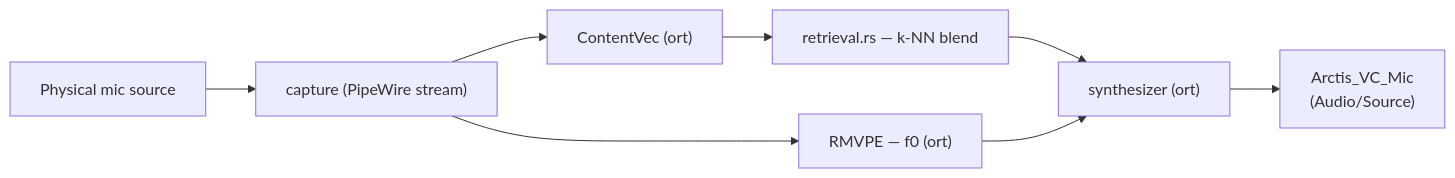
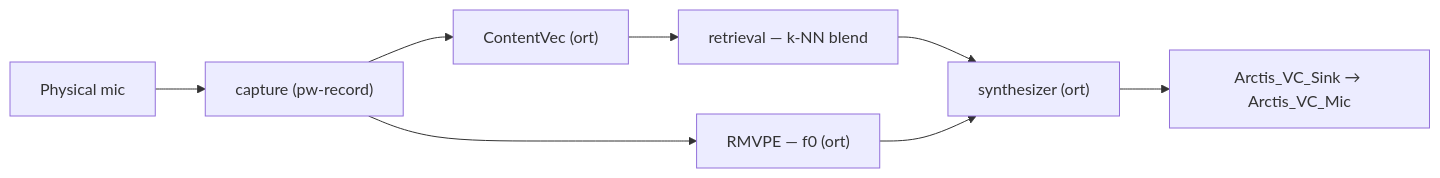
One commit to elegos/Linux-Arctis-Manager changed the second of 2 diagrams in docs/voice-changing-feature.md. Above: the diagram before and after it, drawn with Mermaid. The commit also changed other lines of this file and 17 other files, not shown here.

````diff
--- a/docs/voice-changing-feature.md
+++ b/docs/voice-changing-feature.md
@@ -94,10 +120,10 @@
 ```mermaid
 flowchart LR
-    A[Physical mic source] --> B["capture (PipeWire stream)"]
+    A[Physical mic] --> B["capture (pw-record)"]
     B --> C["ContentVec (ort)"]
     B --> D["RMVPE — f0 (ort)"]
-    C --> E["retrieval.rs — k-NN blend"]
+    C --> E["retrieval — k-NN blend"]
     E --> F["synthesizer (ort)"]
     D --> F
-    F --> G["Arctis_VC_Mic\n(Audio/Source)"]
+    F --> G["Arctis_VC_Sink → Arctis_VC_Mic"]
 ```
````
